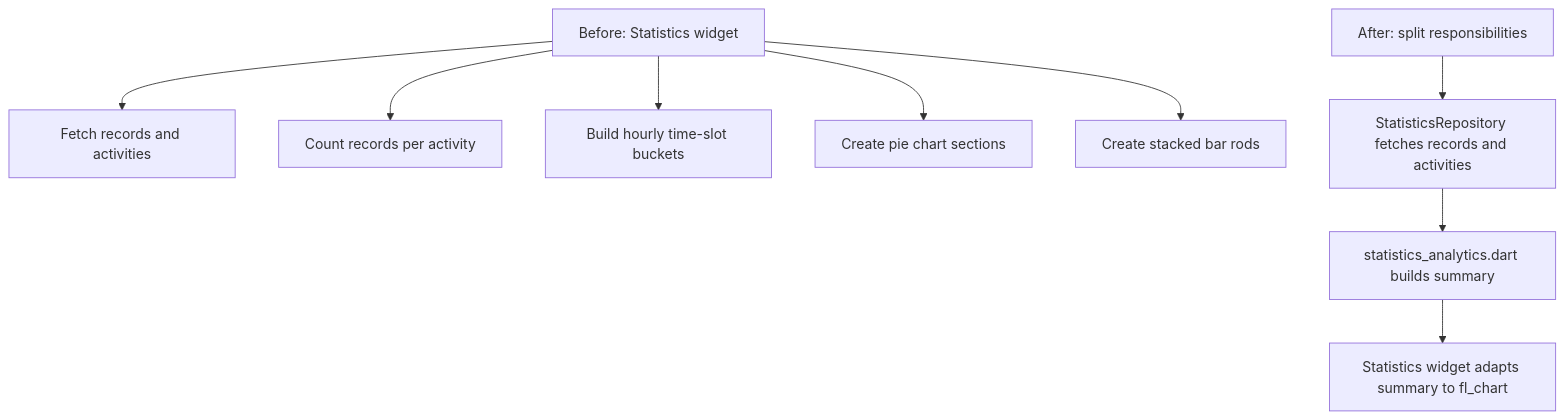
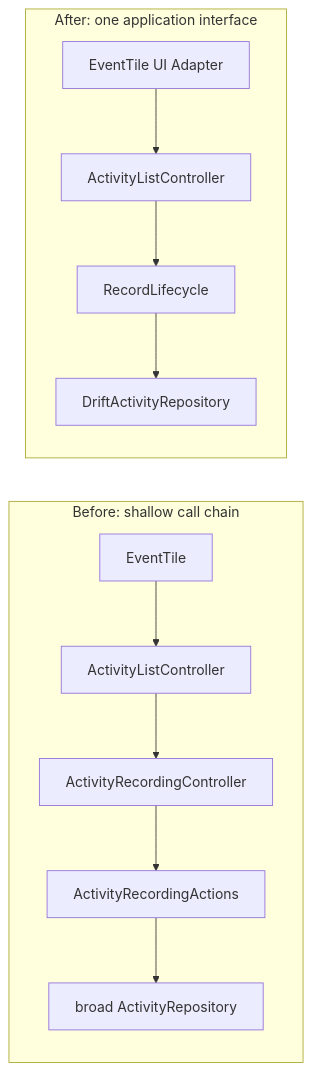
The second of 4 diagrams in docs/architecture/module-flow.md (Guoyuer/eventTracker), drawn with Mermaid before and after one commit. The commit also changed other lines of this file and 33 other files, not shown here.

Commit message:
Deepen activity application seams

````diff
--- a/docs/architecture/module-flow.md
+++ b/docs/architecture/module-flow.md
@@ -112,14 +93,15 @@
 ```mermaid
-flowchart TB
-  Before["Before: Statistics widget"]
-  Before --> B1["Fetch records and activities"]
-  Before --> B2["Count records per activity"]
-  Before --> B3["Build hourly time-slot buckets"]
-  Before --> B4["Create pie chart sections"]
-  Before --> B5["Create stacked bar rods"]
+flowchart LR
+  subgraph Before["Before: shallow call chain"]
+    B1["EventTile"] --> B2["ActivityListController"]
+    B2 --> B3["ActivityRecordingController"]
+    B3 --> B4["ActivityRecordingActions"]
+    B4 --> B5["broad ActivityRepository"]
+  end
 
-  After["After: split responsibilities"]
-  After --> A1["StatisticsRepository fetches records and activities"]
-  A1 --> A2["statistics_analytics.dart builds summary"]
-  A2 --> A3["Statistics widget adapts summary to fl_chart"]
+  subgraph After["After: one application interface"]
+    A1["EventTile UI Adapter"] --> A2["ActivityListController"]
+    A2 --> A3["RecordLifecycle"]
+    A3 --> A4["DriftActivityRepository"]
+  end
 ```
````
